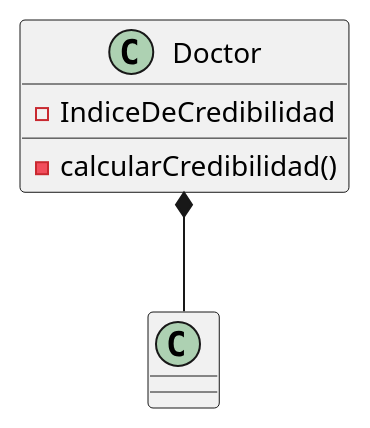
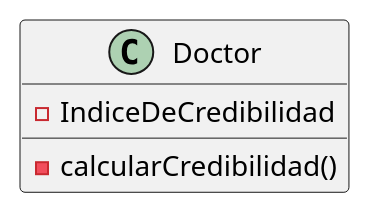
The second of 5 diagrams in Desarrollo/Clases/Segunda Clase.md (ArtuKILL/notes), drawn with PlantUML before and after one commit. The commit also changed 13 other files, not shown here.

````diff
--- a/Desarrollo/Clases/Segunda Clase.md
+++ b/Desarrollo/Clases/Segunda Clase.md
@@ -93,12 +93,7 @@
 ```plantuml
 	class Doctor{
 		- IndiceDeCredibilidad
 		- calcularCredibilidad()
 	}
-
-	class B as " "{
-		
-	}
-	Doctor *-- B
 	
 ```
````
